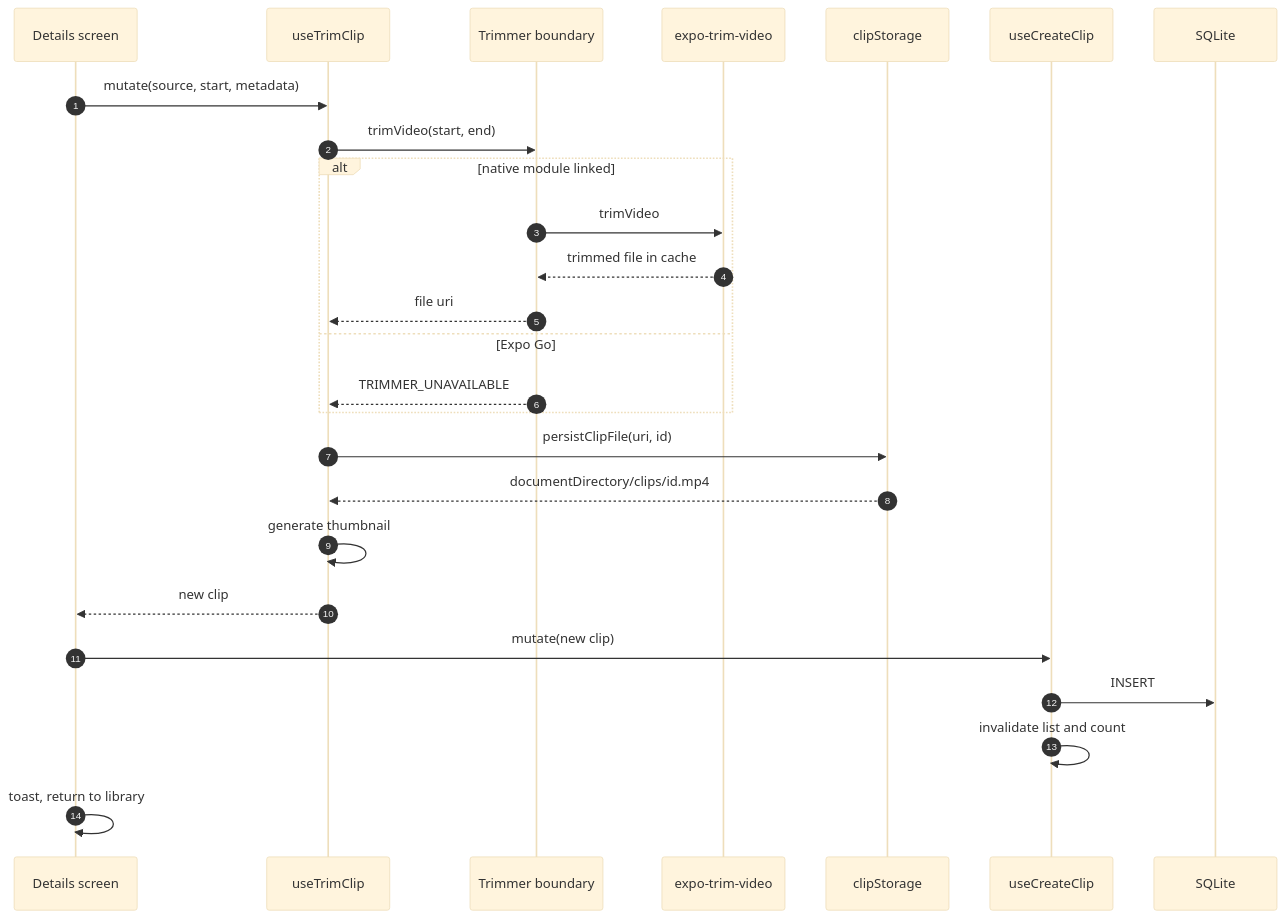
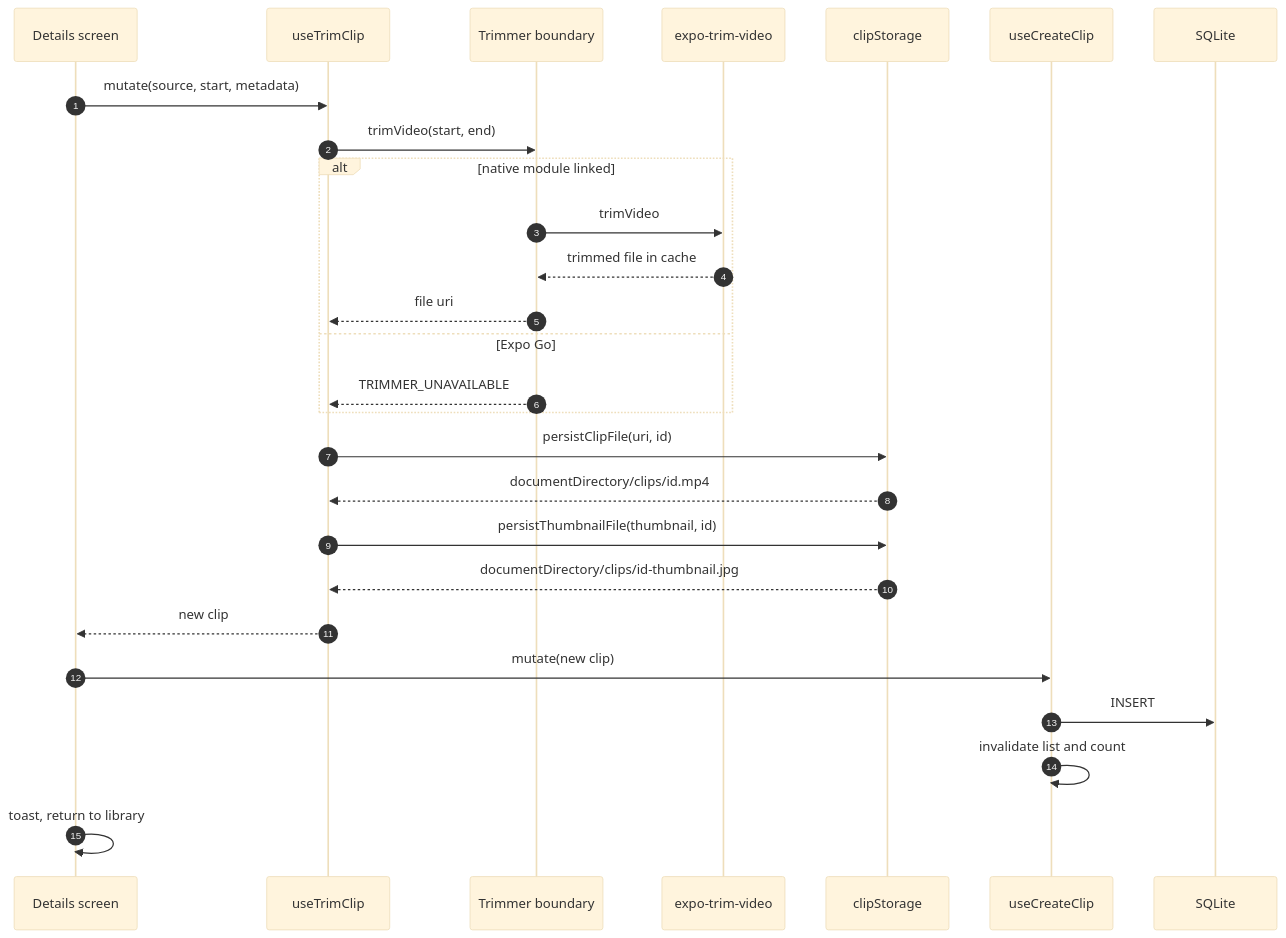
Before and after one commit to onurcangonul/SevenAppsCase: the third of 5 diagrams in README.md, drawn with Mermaid (base theme). The commit also changed other lines of this file and 12 other files, not shown here.

````diff
--- a/README.md
+++ b/README.md
@@ -265,28 +265,29 @@
 ```mermaid
 sequenceDiagram
     autonumber
     participant D as Details screen
     participant T as useTrimClip
     participant B as Trimmer boundary
     participant N as expo-trim-video
     participant S as clipStorage
     participant C as useCreateClip
     participant DB as SQLite
     D->>T: mutate(source, start, metadata)
     T->>B: trimVideo(start, end)
     alt native module linked
         B->>N: trimVideo
         N-->>B: trimmed file in cache
         B-->>T: file uri
     else Expo Go
         B-->>T: TRIMMER_UNAVAILABLE
     end
     T->>S: persistClipFile(uri, id)
     S-->>T: documentDirectory/clips/id.mp4
-    T->>T: generate thumbnail
+    T->>S: persistThumbnailFile(thumbnail, id)
+    S-->>T: documentDirectory/clips/id-thumbnail.jpg
     T-->>D: new clip
     D->>C: mutate(new clip)
     C->>DB: INSERT
     C->>C: invalidate list and count
     D->>D: toast, return to library
 ```
````
